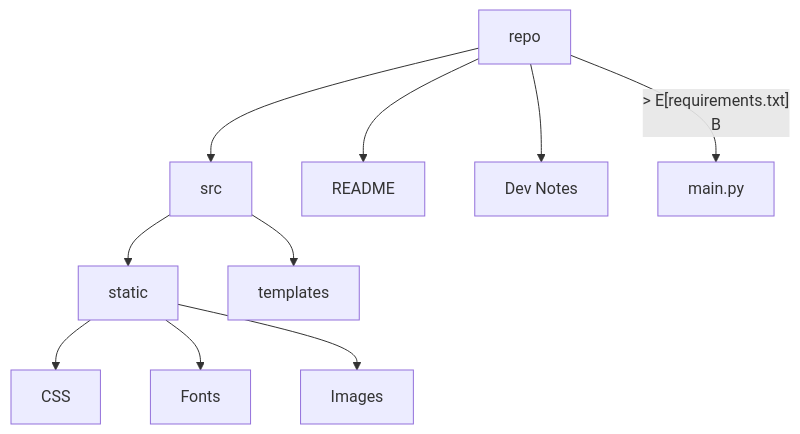
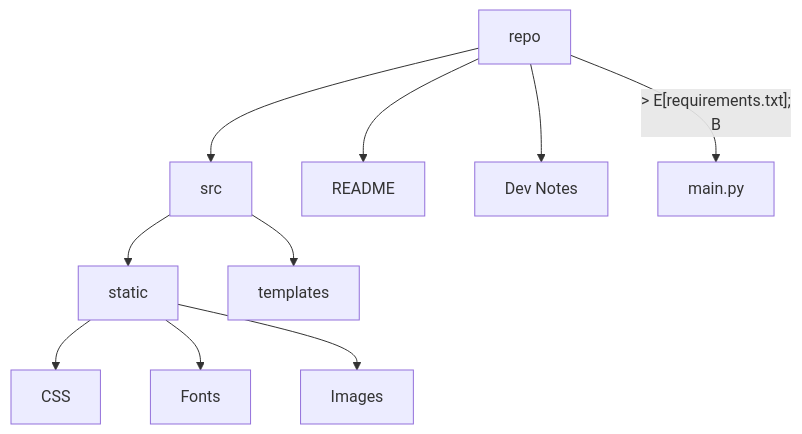
The diagram in dev_notes.md (cmadajski/niner_miner), drawn with Mermaid before and after one commit.

Commit message:
test mermaid diagram #3

````diff
--- a/dev_notes.md
+++ b/dev_notes.md
@@ -6,13 +6,13 @@
 ```mermaid
 graph TD
-A[repo] --> B[src]
-A --> C[README]
-A --> D[Dev Notes]
-A -- > E[requirements.txt]
-B --> F[main.py]
-B --> G[static]
-B --> H[templates]
-G --> I[CSS]
-G --> J[Fonts]
-G --> K[Images]
+  A[repo] --> B[src];
+  A --> C[README];
+  A --> D[Dev Notes];
+  A -- > E[requirements.txt];
+  B --> F[main.py];
+  B --> G[static];
+  B --> H[templates];
+  G --> I[CSS];
+  G --> J[Fonts];
+  G --> K[Images];
 ```
````
